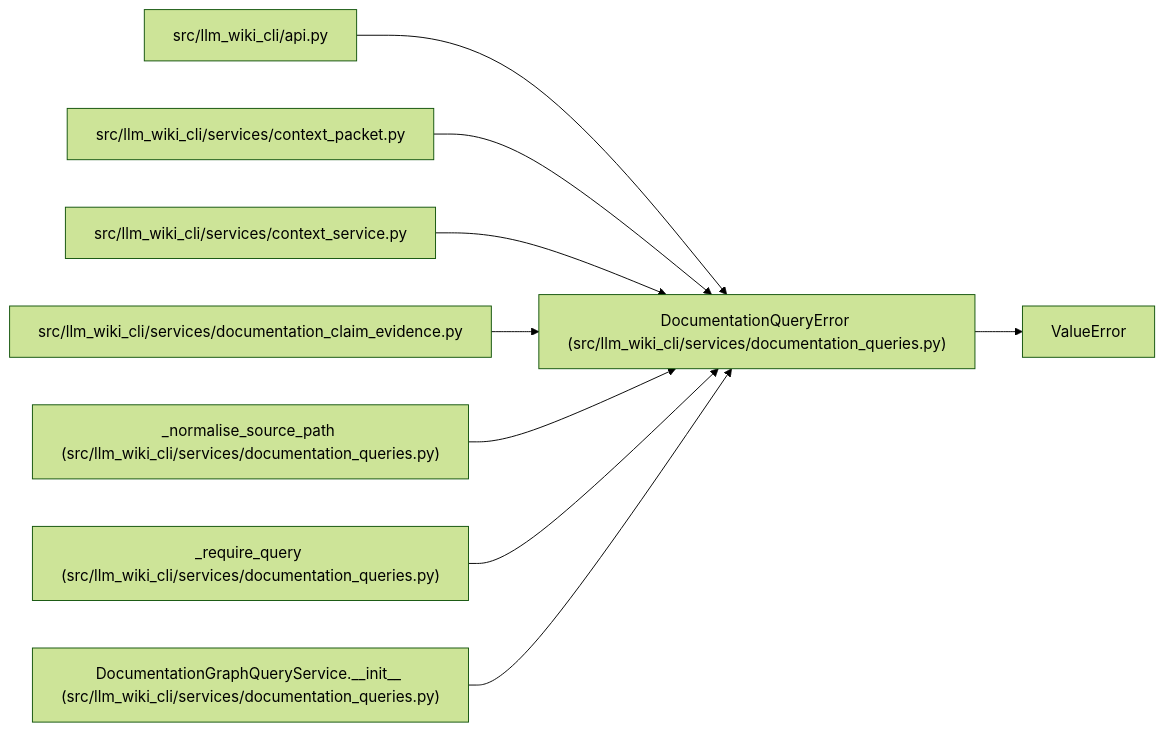
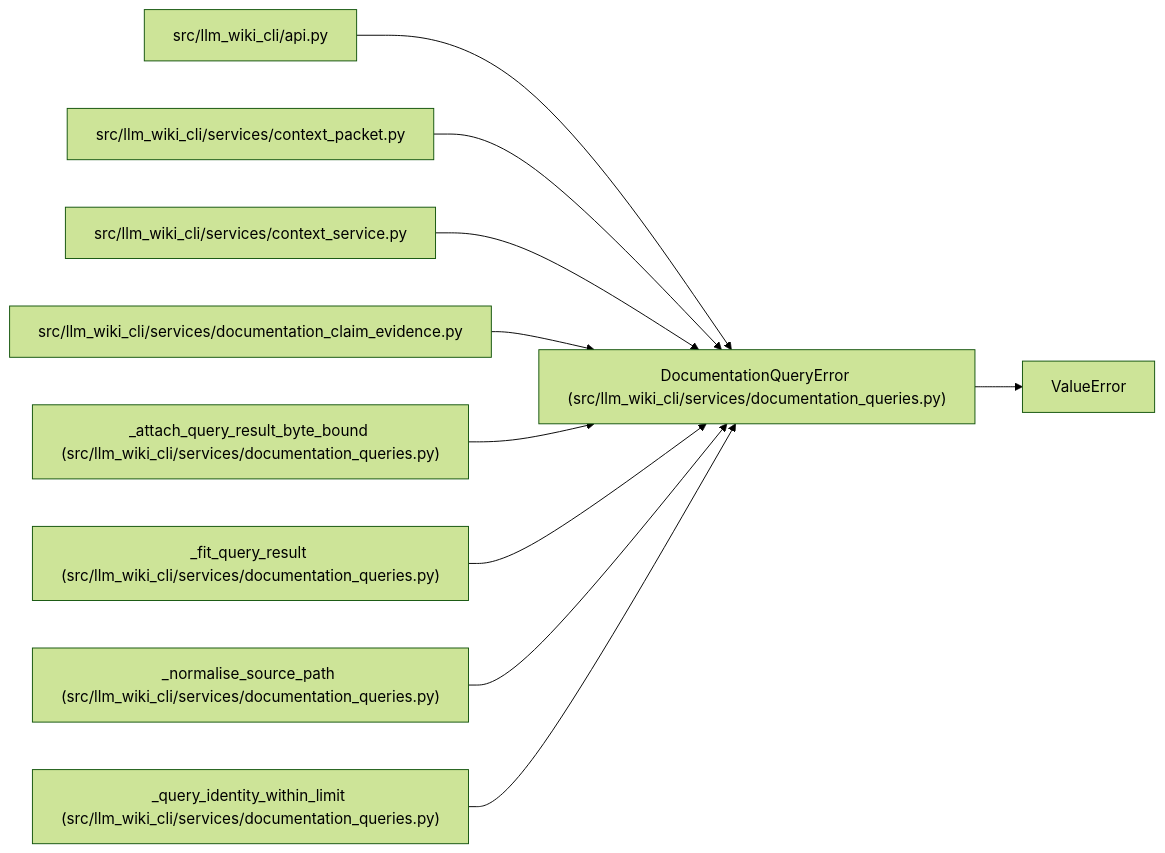
One commit to Denissvgn/python-wiki-llm changed the diagram in docs/llm_wiki/entities/DocumentationQueryError.md. Above: the diagram before and after it, drawn with Mermaid (forest theme). The commit also changed other lines of this file and 364 other files, not shown here.

````diff
--- a/docs/llm_wiki/entities/DocumentationQueryError.md
+++ b/docs/llm_wiki/entities/DocumentationQueryError.md
@@ -23,28 +23,31 @@
 ```mermaid
 flowchart LR
     n0["DocumentationQueryError (src/llm_wiki_cli/services/documentation_queries.py)"]
     n1["ValueError"]
     n2["src/llm_wiki_cli/api.py"]
     n3["src/llm_wiki_cli/services/context_packet.py"]
     n4["src/llm_wiki_cli/services/context_service.py"]
     n5["src/llm_wiki_cli/services/documentation_claim_evidence.py"]
-    n6["_normalise_source_path (src/llm_wiki_cli/services/documentation_queries.py)"]
-    n7["_require_query (src/llm_wiki_cli/services/documentation_queries.py)"]
-    n8["DocumentationGraphQueryService.__init__ (src/llm_wiki_cli/services/documentation_queries.py)"]
+    n6["_attach_query_result_byte_bound (src/llm_wiki_cli/services/documentation_queries.py)"]
+    n7["_fit_query_result (src/llm_wiki_cli/services/documentation_queries.py)"]
+    n8["_normalise_source_path (src/llm_wiki_cli/services/documentation_queries.py)"]
+    n9["_query_identity_within_limit (src/llm_wiki_cli/services/documentation_queries.py)"]
     n0 --> n1
     n2 --> n0
     n3 --> n0
     n4 --> n0
     n5 --> n0
     n6 --> n0
     n7 --> n0
     n8 --> n0
+    n9 --> n0
     click n0 "../modules/documentation_queries.md"
     click n2 "../modules/api.md"
     click n3 "../modules/context_packet.md"
     click n4 "../modules/context_service.md"
     click n5 "../modules/documentation_claim_evidence.md"
     click n6 "../modules/documentation_queries.md"
     click n7 "../modules/documentation_queries.md"
     click n8 "../modules/documentation_queries.md"
+    click n9 "../modules/documentation_queries.md"
 ```
````
